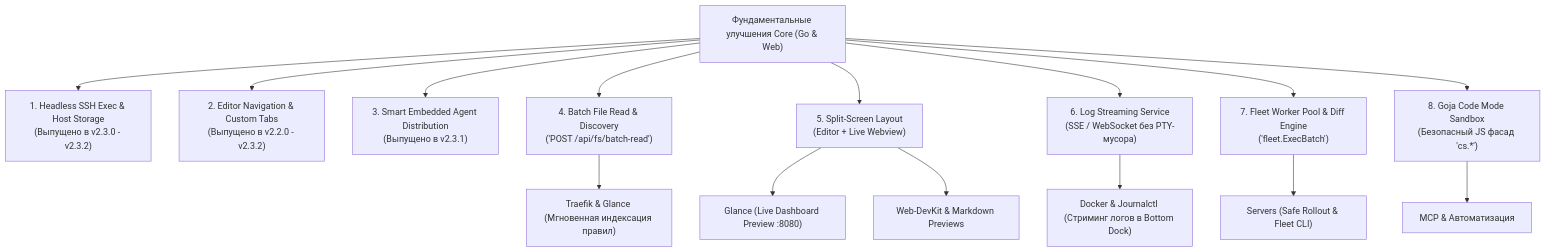
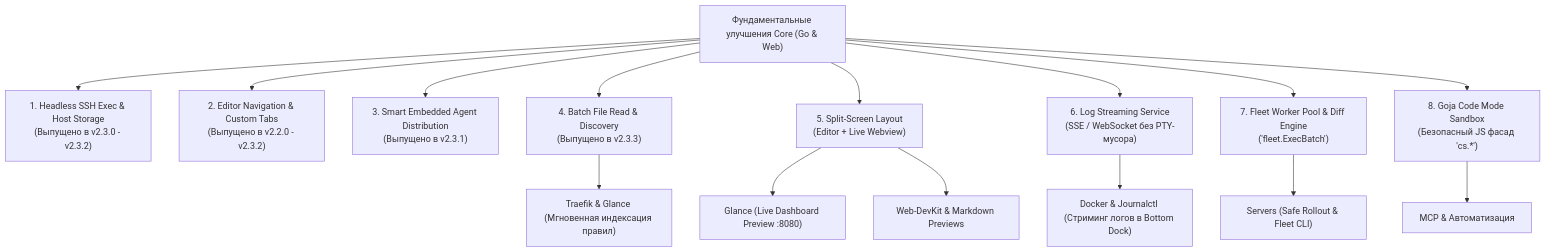
One commit to config-studio/config-studio changed the diagram in ROADMAP.md. Above: the diagram before and after it, drawn with Mermaid. The commit also changed other lines of this file and 13 other files, not shown here.

Commit message:
feat(fs): add batch-read endpoint for local and sftp files with glob support (v2.3.3)

````diff
--- a/ROADMAP.md
+++ b/ROADMAP.md
@@ -31,29 +32,29 @@
 ```mermaid
 graph TD
     Core["Фундаментальные улучшения Core (Go & Web)"]
     
     C1["1. Headless SSH Exec & Host Storage<br/>(Выпущено в v2.3.0 - v2.3.2)"]
     C2["2. Editor Navigation & Custom Tabs<br/>(Выпущено в v2.2.0 - v2.3.2)"]
     C3["3. Smart Embedded Agent Distribution<br/>(Выпущено в v2.3.1)"]
-    C4["4. Batch File Read & Discovery<br/>('POST /api/fs/batch-read')"]
+    C4["4. Batch File Read & Discovery<br/>(Выпущено в v2.3.3)"]
     C5["5. Split-Screen Layout<br/>(Editor + Live Webview)"]
     C6["6. Log Streaming Service<br/>(SSE / WebSocket без PTY-мусора)"]
     C7["7. Fleet Worker Pool & Diff Engine<br/>('fleet.ExecBatch')"]
     C8["8. Goja Code Mode Sandbox<br/>(Безопасный JS фасад 'cs.*')"]
     
     Core --> C1
     Core --> C2
     Core --> C3
     Core --> C4
     Core --> C5
     Core --> C6
     Core --> C7
     Core --> C8
     
     C4 --> P1["Traefik & Glance (Мгновенная индексация правил)"]
     C5 --> P2["Glance (Live Dashboard Preview :8080)"]
     C5 --> P3["Web-DevKit & Markdown Previews"]
     C6 --> P4["Docker & Journalctl (Стриминг логов в Bottom Dock)"]
     C7 --> P5["Servers (Safe Rollout & Fleet CLI)"]
     C8 --> P6["MCP & Автоматизация"]
 ```
````
